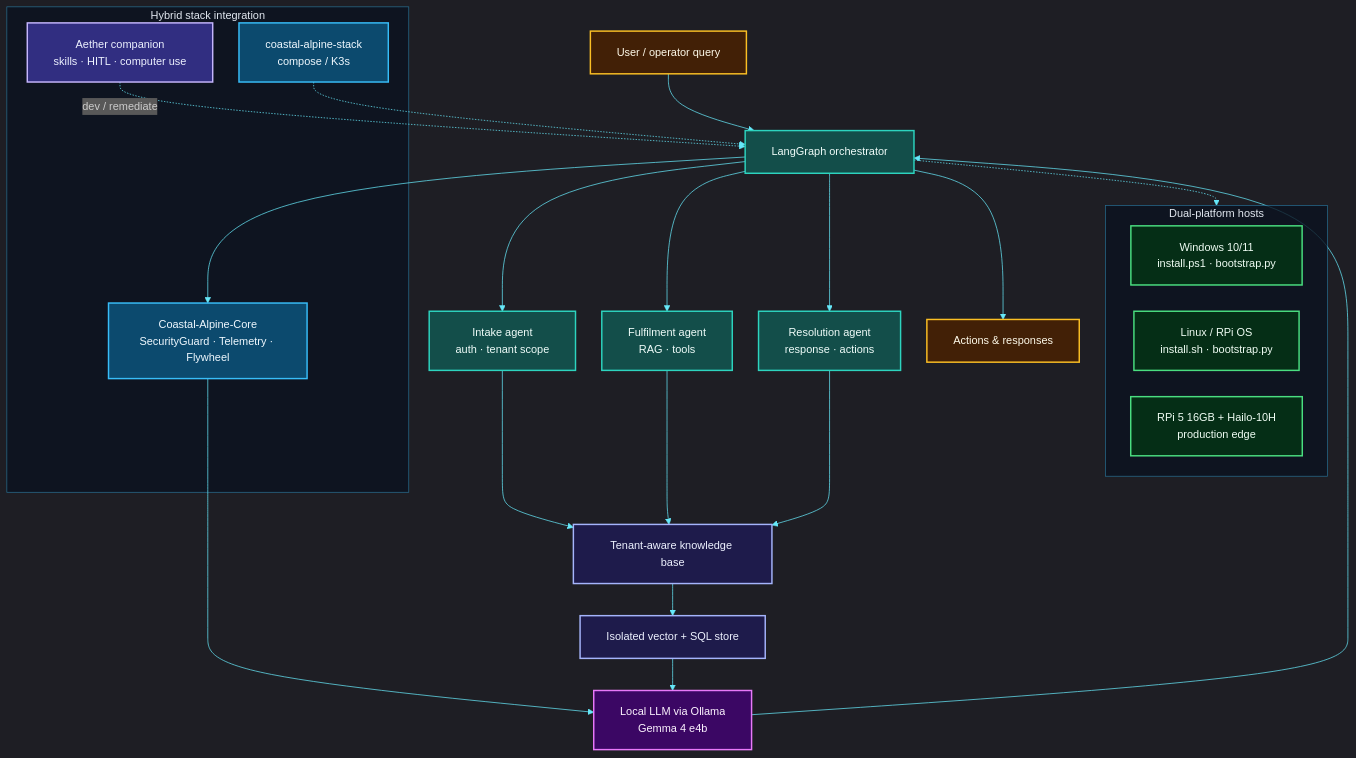
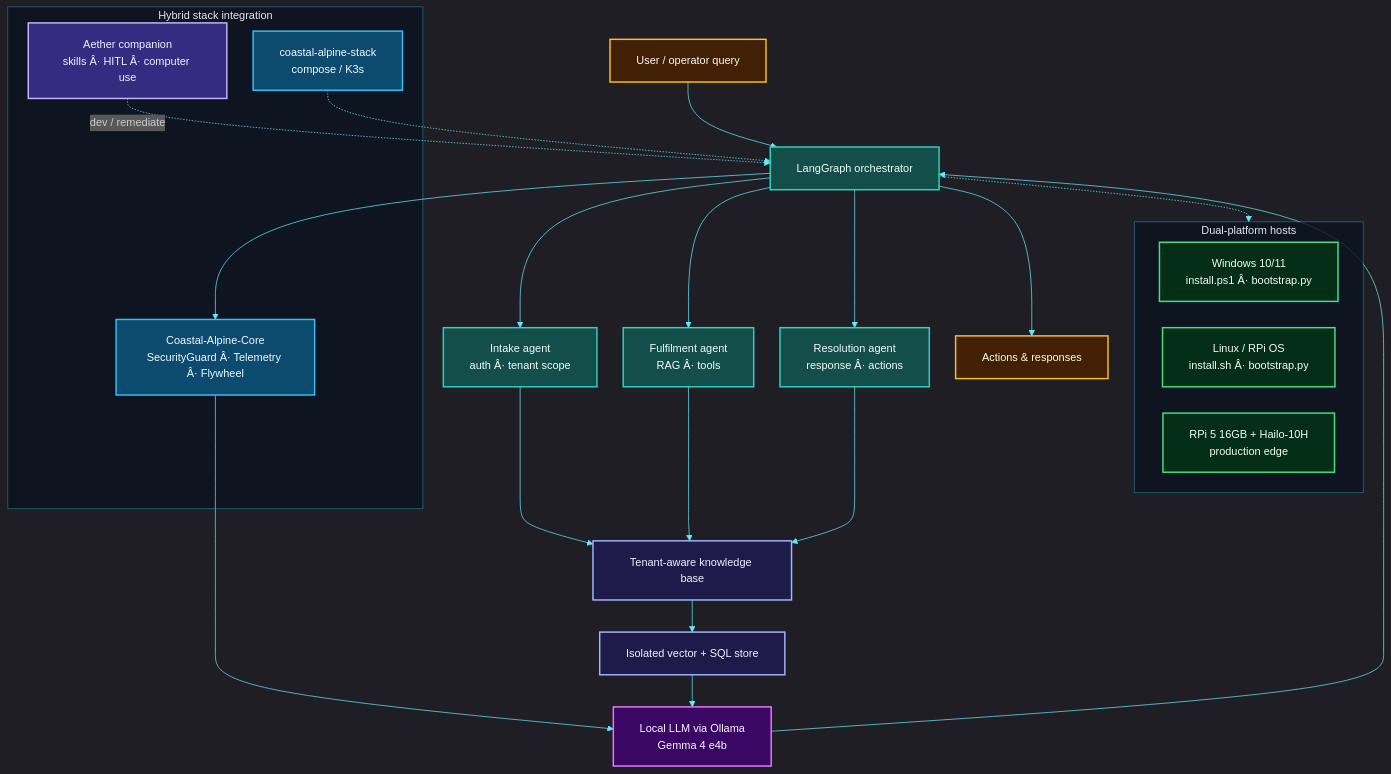
One commit to fivepanelhat/Weaver changed the diagram in README.md. Above: the diagram before and after it, drawn with Mermaid. The commit also changed other lines of this file and 8 other files, not shown here.

````diff
--- a/README.md
+++ b/README.md
@@ -189,71 +206,71 @@
 ```mermaid
 %%{init: {
   "theme": "dark",
   "themeVariables": {
     "fontSize": "15px",
     "fontFamily": "Inter, ui-sans-serif, system-ui, sans-serif",
     "primaryColor": "#0ea5e9",
     "primaryTextColor": "#f8fafc",
     "primaryBorderColor": "#38bdf8",
     "lineColor": "#67e8f9",
     "secondaryColor": "#1e293b",
     "tertiaryColor": "#0f172a",
     "clusterBkg": "#0b1220cc",
     "clusterBorder": "#38bdf880",
     "titleColor": "#e2e8f0"
   },
   "flowchart": {
     "nodeSpacing": 36,
     "rankSpacing": 44,
     "padding": 18,
     "htmlLabels": true,
     "curve": "basis",
     "useMaxWidth": true
   }
 }}%%
 flowchart TB
 
     classDef act fill:#422006,stroke:#fbbf24,stroke-width:2px,color:#fffbeb
     classDef core fill:#134e4a,stroke:#2dd4bf,stroke-width:2px,color:#f0fdfa
     classDef store fill:#1e1b4b,stroke:#a5b4fc,stroke-width:2px,color:#eef2ff
     classDef ai fill:#3b0764,stroke:#e879f9,stroke-width:2px,color:#fdf4ff
     classDef sdk fill:#0c4a6e,stroke:#38bdf8,stroke-width:2px,color:#f0f9ff
     classDef host fill:#052e16,stroke:#4ade80,stroke-width:2px,color:#f0fdf4
     classDef companion fill:#312e81,stroke:#c4b5fd,stroke-width:2px,color:#eef2ff
 
     U["User / operator query"] --> ORCH["LangGraph orchestrator"]
-    ORCH --> IN["Intake agent<br/>auth · tenant scope"]
-    ORCH --> FU["Fulfilment agent<br/>RAG · tools"]
-    ORCH --> RE["Resolution agent<br/>response · actions"]
+    ORCH --> IN["Intake agent<br/>auth Â· tenant scope"]
+    ORCH --> FU["Fulfilment agent<br/>RAG Â· tools"]
+    ORCH --> RE["Resolution agent<br/>response Â· actions"]
     IN & FU & RE --> KB["Tenant-aware knowledge base"]
     KB --> STORE["Isolated vector + SQL store"]
     STORE --> LLM["Local LLM via Ollama<br/>Gemma 4 e4b"]
     LLM --> ORCH
     ORCH --> OUT["Actions & responses"]
 
     subgraph HYBRID["Hybrid stack integration"]
-        CAC["Coastal-Alpine-Core<br/>SecurityGuard · Telemetry · Flywheel"]
-        AETH["Aether companion<br/>skills · HITL · computer use"]
+        CAC["Coastal-Alpine-Core<br/>SecurityGuard Â· Telemetry Â· Flywheel"]
+        AETH["Aether companion<br/>skills Â· HITL Â· computer use"]
         CAS["coastal-alpine-stack<br/>compose / K3s"]
     end
 
     subgraph HOSTS["Dual-platform hosts"]
-        WIN["Windows 10/11<br/>install.ps1 · bootstrap.py"]
-        LIN["Linux / RPi OS<br/>install.sh · bootstrap.py"]
+        WIN["Windows 10/11<br/>install.ps1 Â· bootstrap.py"]
+        LIN["Linux / RPi OS<br/>install.sh Â· bootstrap.py"]
         RPI["RPi 5 16GB + Hailo-10H<br/>production edge"]
     end
 
     ORCH --> CAC
     CAC --> LLM
     AETH -.->|dev / remediate| ORCH
     CAS -.-> ORCH
     ORCH -.-> HOSTS
 
     class U,OUT act
     class ORCH,IN,FU,RE core
     class KB,STORE store
     class LLM ai
     class CAC,CAS sdk
     class AETH companion
     class WIN,LIN,RPI host
 ```
````
